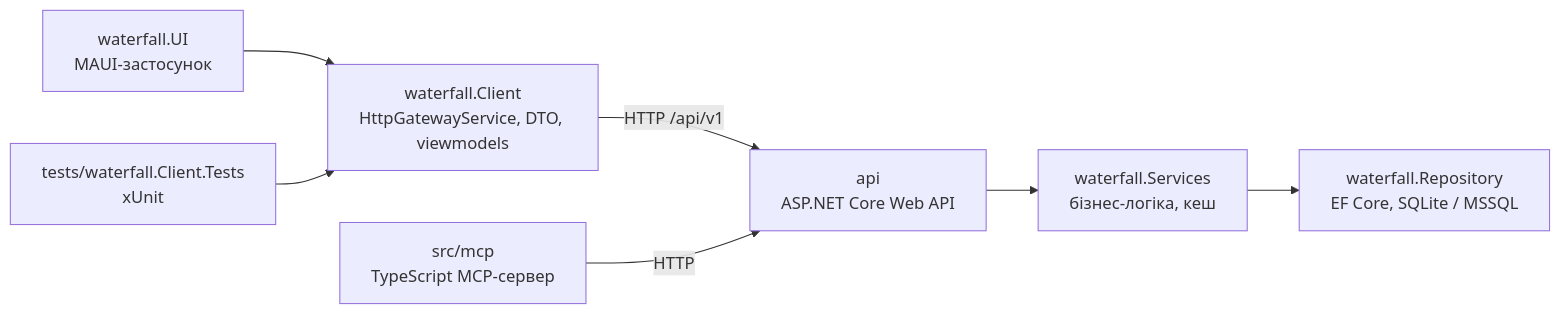
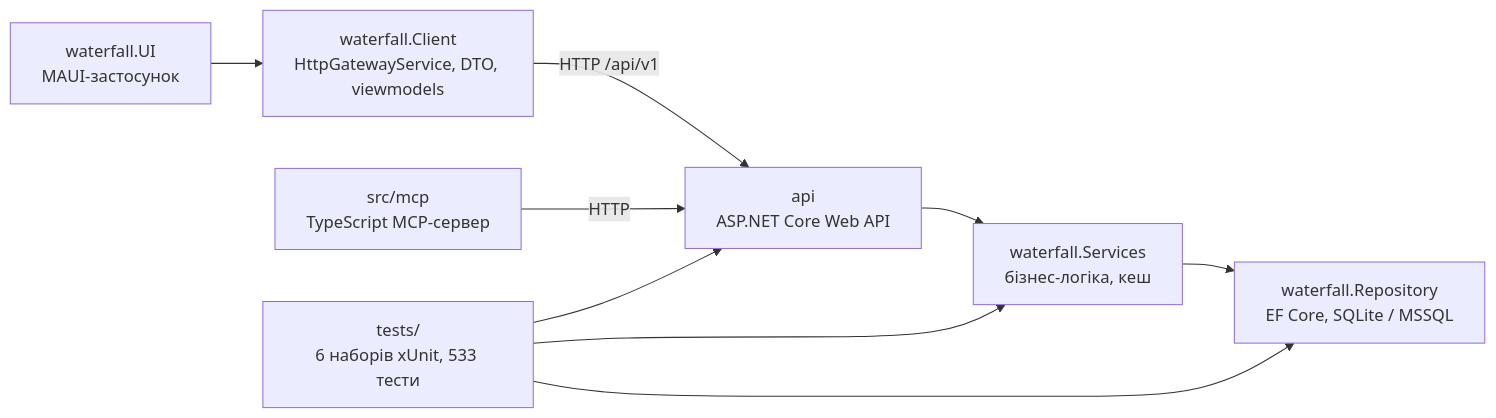
Before and after one commit to ukma-fin-ssdm-2026/waterfall: the diagram in docs/code-quality/progress.md, drawn with Mermaid. The commit also changed other lines of this file, not shown here.

````diff
--- a/docs/code-quality/progress.md
+++ b/docs/code-quality/progress.md
@@ -7,9 +7,11 @@
 ```mermaid
 graph LR
   UI["waterfall.UI<br/>MAUI-застосунок"] --> Client["waterfall.Client<br/>HttpGatewayService, DTO, viewmodels"]
-  Tests["tests/waterfall.Client.Tests<br/>xUnit"] --> Client
   Client -- "HTTP /api/v1" --> Api["api<br/>ASP.NET Core Web API"]
   Api --> Services["waterfall.Services<br/>бізнес-логіка, кеш"]
   Services --> Repo["waterfall.Repository<br/>EF Core, SQLite / MSSQL"]
   Mcp["src/mcp<br/>TypeScript MCP-сервер"] -- "HTTP" --> Api
+  Tests["tests/<br/>6 наборів xUnit, 533 тести"] --> Api
+  Tests --> Services
+  Tests --> Repo
 ```
````
